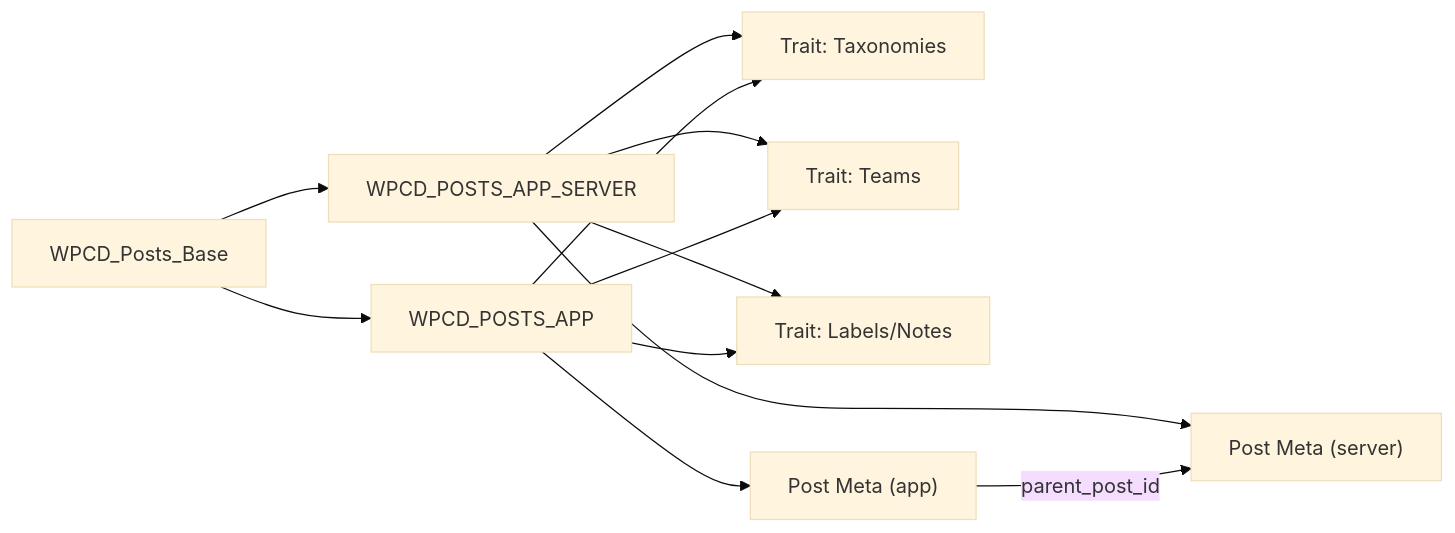
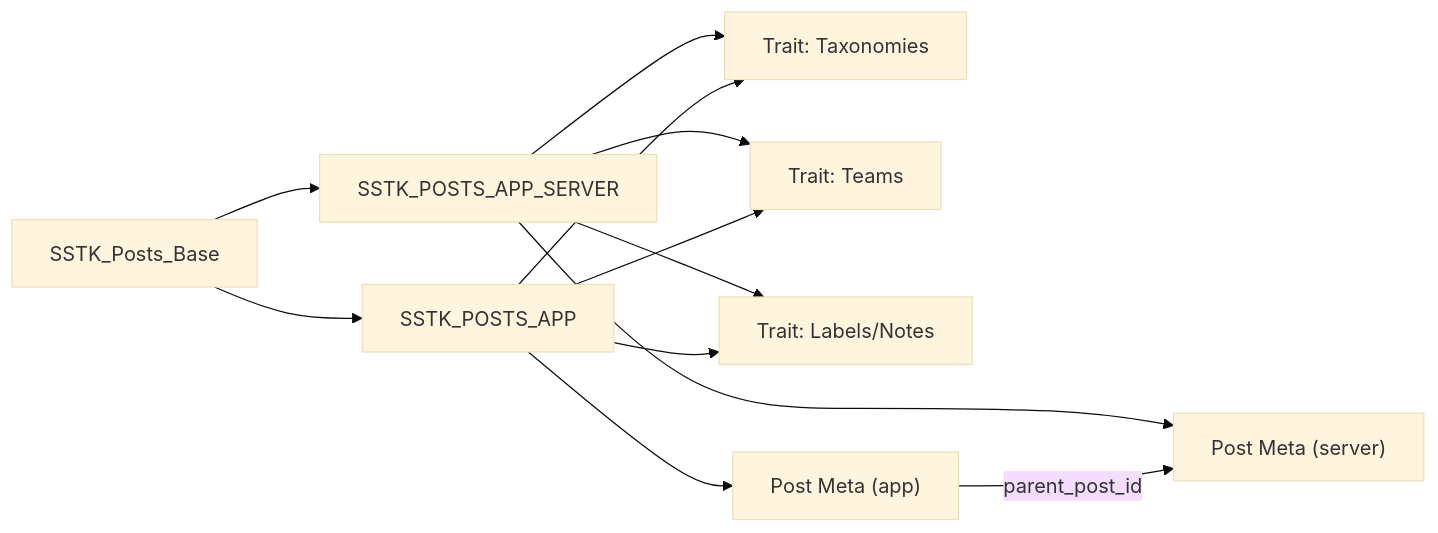
One commit to onedogsolutions/simple-stack changed the eighth of 8 diagrams in .qoder/repowiki/en/content/Data Management/Custom Post Types.md. Above: the diagram before and after it, drawn with Mermaid (base theme). The commit also changed other lines of this file and 5941 other files, not shown here.

````diff
--- a/.qoder/repowiki/en/content/Data Management/Custom Post Types.md
+++ b/.qoder/repowiki/en/content/Data Management/Custom Post Types.md
@@ -358,14 +358,14 @@
 ```mermaid
 graph LR
-BASE["WPCD_Posts_Base"] --> SERVER["WPCD_POSTS_APP_SERVER"]
-BASE --> APP["WPCD_POSTS_APP"]
+BASE["SSTK_Posts_Base"] --> SERVER["SSTK_POSTS_APP_SERVER"]
+BASE --> APP["SSTK_POSTS_APP"]
 SERVER --> TRAIT_TAX["Trait: Taxonomies"]
 SERVER --> TRAIT_TEAM["Trait: Teams"]
 SERVER --> TRAIT_LABELS["Trait: Labels/Notes"]
 APP --> TRAIT_TAX
 APP --> TRAIT_TEAM
 APP --> TRAIT_LABELS
 SERVER --> META_S["Post Meta (server)"]
 APP --> META_A["Post Meta (app)"]
 META_A --> |parent_post_id| META_S
 ```
````
